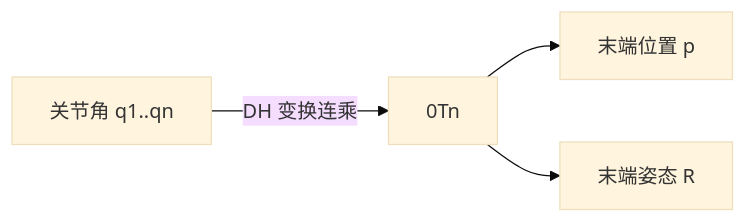
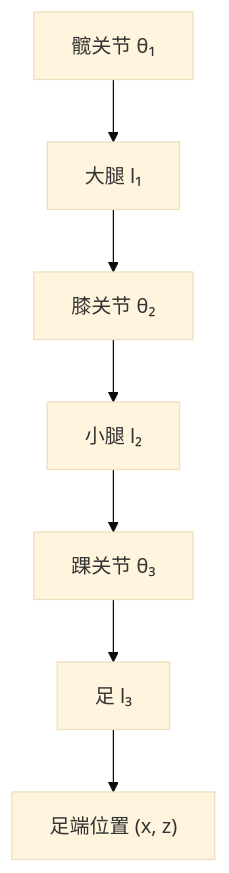
The diagram in research/methods/ent_method_forward_kinematics.md (YansongW/awesome-humanoid-robot), drawn with Mermaid (base theme) before and after one commit. The commit also changed other lines of this file and 240 other files, not shown here.

````diff
--- a/research/methods/ent_method_forward_kinematics.md
+++ b/research/methods/ent_method_forward_kinematics.md
@@ -57,6 +64,9 @@
 ```mermaid
-flowchart LR
-    A["关节角 q1..qn"] -->|"DH 变换连乘"| B["0Tn"]
-    B --> C["末端位置 p"]
-    B --> D["末端姿态 R"]
+flowchart TD
+    A["髋关节 θ₁"] --> B["大腿 l₁"]
+    B --> C["膝关节 θ₂"]
+    C --> D["小腿 l₂"]
+    D --> E["踝关节 θ₃"]
+    E --> F["足 l₃"]
+    F --> G["足端位置 (x, z)"]
 ```
````
